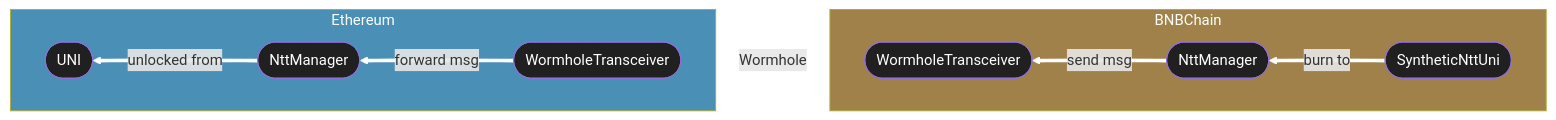
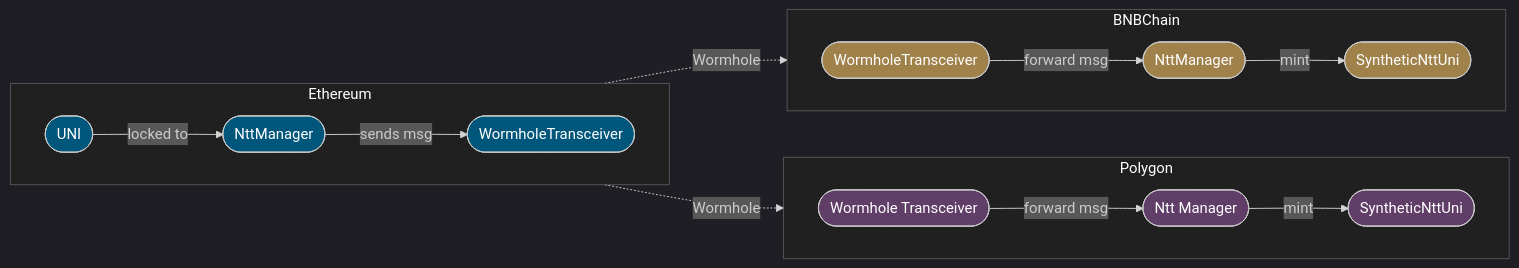
One commit to Uniswap/protocol-fees changed the fourth of 9 diagrams in script/proposal-4/Index.md. Above: the diagram before and after it, drawn with Mermaid. The commit also changed other lines of this file and 1 other file, not shown here.

````diff
--- a/script/proposal-4/Index.md
+++ b/script/proposal-4/Index.md
@@ -154,31 +259,47 @@
 ```mermaid
-flowchart RL
-    ETH_WT([WormholeTransceiver])
-    ETH_NTT([NttManager])
-    ETH_UNI([UNI])
-    BNB_WT([WormholeTransceiver])
-    BNB_NTT([NttManager])
-    BNB_UNI([SyntheticNttUni])
+---
+config:
+    theme: 'dark'
+---
+flowchart LR
+    WormholeTransceiverETH([WormholeTransceiver]):::on_eth
+    NttManagerETH([NttManager]):::on_eth
+    UNIETH([UNI]):::on_eth
+    WormholeTransceiverBNB([WormholeTransceiver]):::on_bnb
+    NttManagerBNB([NttManager]):::on_bnb
+    UNIBNB([SyntheticNttUni]):::on_bnb
+    WormholeTransceiverPOL([Wormhole Transceiver]):::on_pol
+    NttManagerPOL([Ntt Manager]):::on_pol
+    UNIPOL([SyntheticNttUni]):::on_pol
 
     subgraph Ethereum
-        direction RL
-        ETH_WT -->|forward msg| ETH_NTT
-        ETH_NTT -->|unlocked from| ETH_UNI
+        direction LR
+        UNIETH -->|locked to| NttManagerETH
+        NttManagerETH -->|sends msg| WormholeTransceiverETH
     end
 
-    BNBChain -.->|Wormhole| Ethereum
+    Ethereum -.->|Wormhole| BNBChain
 
     subgraph BNBChain
-        direction RL
-        BNB_UNI -->|burn to| BNB_NTT
-        BNB_NTT -->|send msg| BNB_WT
+        direction LR
+        WormholeTransceiverBNB -->|forward msg| NttManagerBNB
+        NttManagerBNB -->|mint| UNIBNB
     end
 
-    Ethereum:::on_eth
-    BNBChain:::on_bnb
+    Ethereum -.->|Wormhole| Polygon
 
-    linkStyle default stroke:#fff,stroke-width:4px
-    classDef default fill:#202020,color:#fff
+    subgraph Polygon
+        direction LR
+        WormholeTransceiverPOL -->|forward msg| NttManagerPOL
+        NttManagerPOL -->|mint| UNIPOL
+    end
+
+    Ethereum:::sub
+    BNBChain:::sub
+    Polygon:::sub
+
     classDef on_bnb fill:#a0814a,color:#fff
-    classDef on_eth fill:#498fb6,color:#fff
+    classDef on_eth fill:#00567b,color:#fff
+    classDef on_pol fill:#603e68,color:#fff
+    classDef sub fill:#202020,color:#fff
 ```
````
